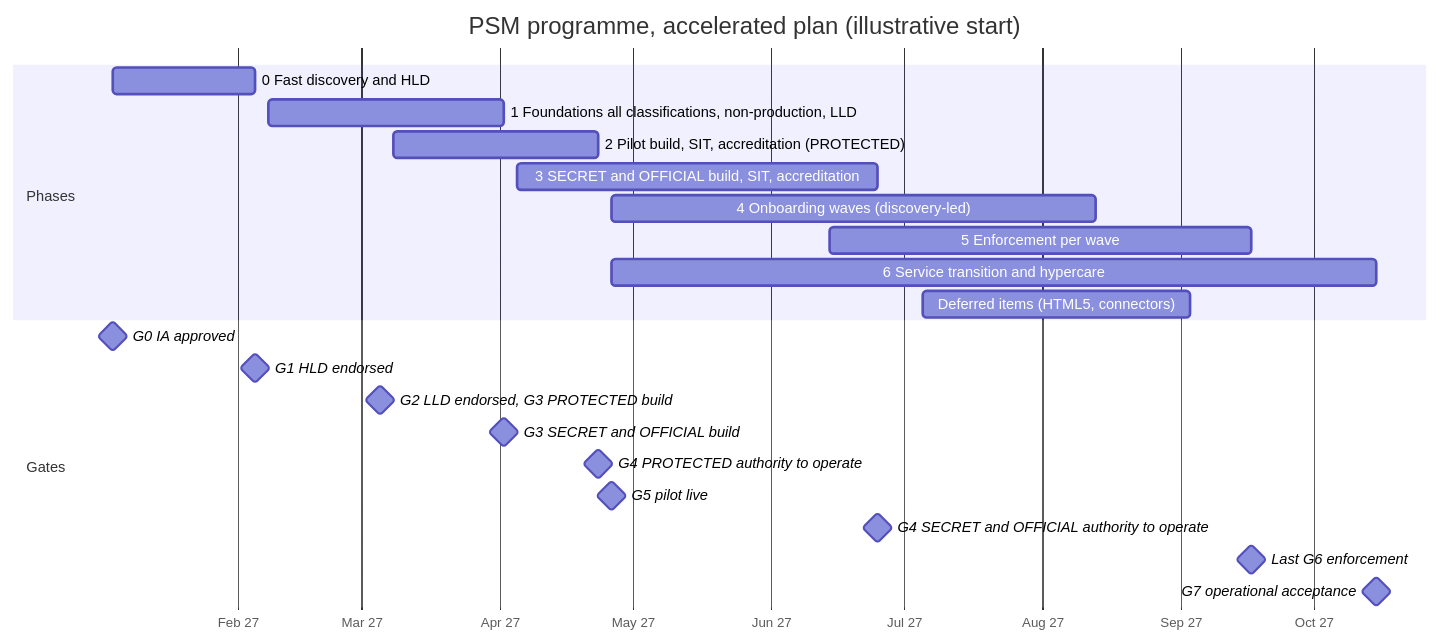
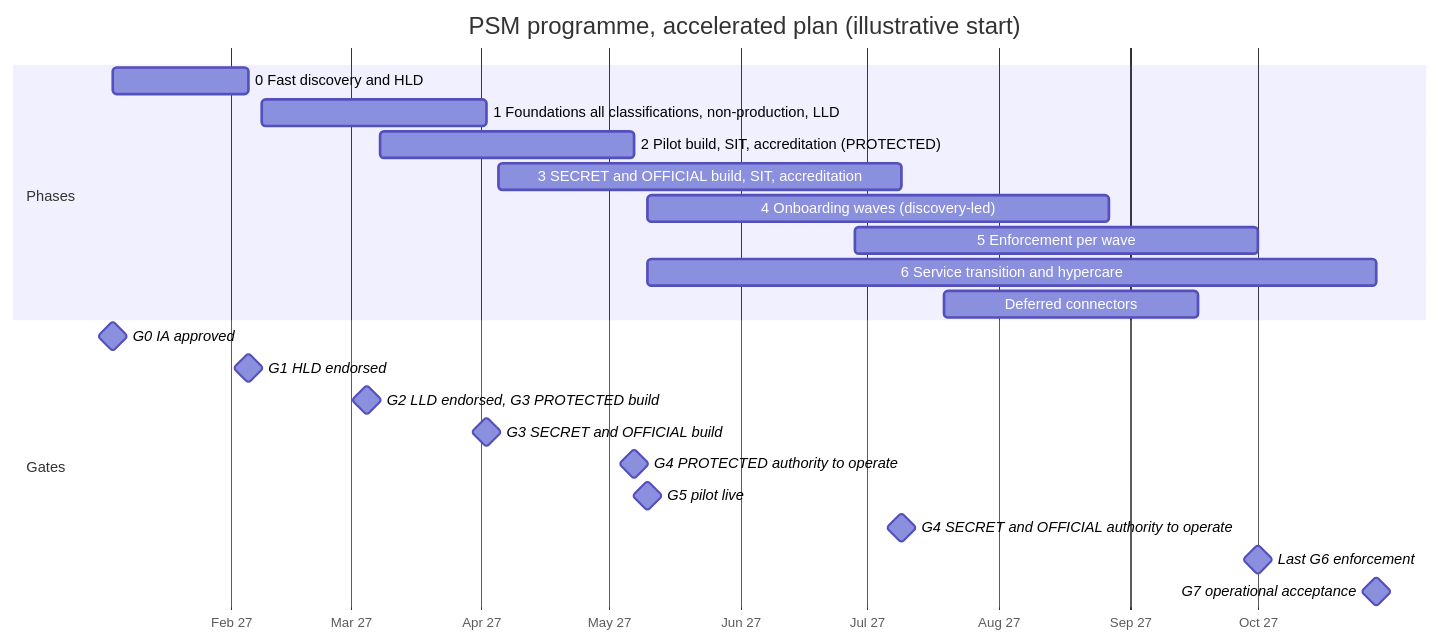
Diagram 11 of 11 in docs/cyberark-psm/impact-assessment.md (cnampalli/CB-Raap-Vault), drawn with Mermaid before and after one commit. The commit also changed other lines of this file, not shown here.

````diff
--- a/docs/cyberark-psm/impact-assessment.md
+++ b/docs/cyberark-psm/impact-assessment.md
@@ -1688,25 +1685,25 @@
 ```mermaid
 gantt
     title PSM programme, accelerated plan (illustrative start)
     dateFormat YYYY-MM-DD
     axisFormat %b %y
     section Phases
     0 Fast discovery and HLD                :a0, 2027-01-04, 2027-02-05
     1 Foundations all classifications, non-production, LLD :a1, 2027-02-08, 2027-04-02
-    2 Pilot build, SIT, accreditation (PROTECTED) :a2, 2027-03-08, 2027-04-23
-    3 SECRET and OFFICIAL build, SIT, accreditation :a3, 2027-04-05, 2027-06-25
-    4 Onboarding waves (discovery-led)      :a4, 2027-04-26, 2027-08-13
-    5 Enforcement per wave                  :a5, 2027-06-14, 2027-09-17
-    6 Service transition and hypercare      :a6, 2027-04-26, 2027-10-15
-    Deferred items (HTML5, connectors)      :a7, 2027-07-05, 2027-09-03
+    2 Pilot build, SIT, accreditation (PROTECTED) :a2, 2027-03-08, 2027-05-07
+    3 SECRET and OFFICIAL build, SIT, accreditation :a3, 2027-04-05, 2027-07-09
+    4 Onboarding waves (discovery-led)      :a4, 2027-05-10, 2027-08-27
+    5 Enforcement per wave                  :a5, 2027-06-28, 2027-10-01
+    6 Service transition and hypercare      :a6, 2027-05-10, 2027-10-29
+    Deferred connectors                     :a7, 2027-07-19, 2027-09-17
     section Gates
     G0 IA approved                          :milestone, h0, 2027-01-04, 0d
     G1 HLD endorsed                         :milestone, h1, 2027-02-05, 0d
     G2 LLD endorsed, G3 PROTECTED build     :milestone, h2, 2027-03-05, 0d
     G3 SECRET and OFFICIAL build            :milestone, h3, 2027-04-02, 0d
-    G4 PROTECTED authority to operate       :milestone, h4a, 2027-04-23, 0d
-    G5 pilot live                           :milestone, h5, 2027-04-26, 0d
-    G4 SECRET and OFFICIAL authority to operate :milestone, h4b, 2027-06-25, 0d
-    Last G6 enforcement                     :milestone, h6, 2027-09-17, 0d
-    G7 operational acceptance               :milestone, h7, 2027-10-15, 0d
+    G4 PROTECTED authority to operate       :milestone, h4a, 2027-05-07, 0d
+    G5 pilot live                           :milestone, h5, 2027-05-10, 0d
+    G4 SECRET and OFFICIAL authority to operate :milestone, h4b, 2027-07-09, 0d
+    Last G6 enforcement                     :milestone, h6, 2027-10-01, 0d
+    G7 operational acceptance               :milestone, h7, 2027-10-29, 0d
 ```
````
